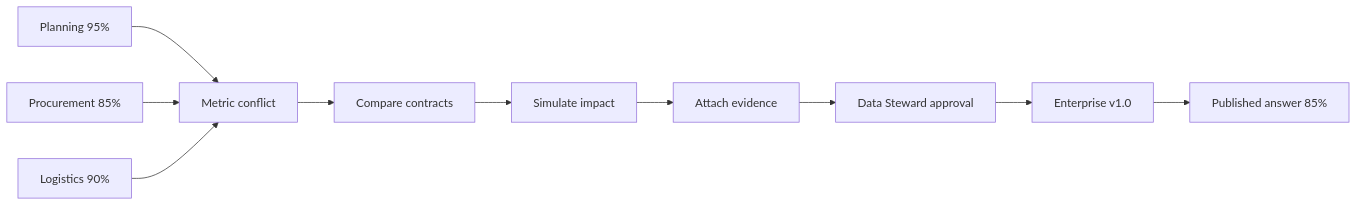
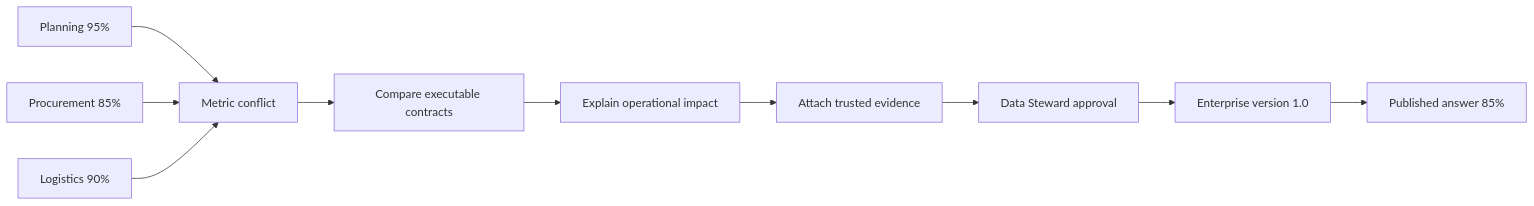
The second of 7 diagrams in docs/ARCHITECTURE.md (pankajadam-tech/chainproof-snowflake), drawn with Mermaid before and after one commit. The commit also changed other lines of this file, not shown here.

Commit message:
fix: add mermaid fencing and   markdown formatting to   ARCHITECTURE.md

````diff
--- a/docs/ARCHITECTURE.md
+++ b/docs/ARCHITECTURE.md
@@ -7,12 +83,12 @@
 ```mermaid
 flowchart LR
 P[Planning 95%] --> C[Metric conflict]
 R[Procurement 85%] --> C
 L[Logistics 90%] --> C
-C --> X[Compare contracts]
-X --> S[Simulate impact]
-S --> E[Attach evidence]
+C --> X[Compare executable contracts]
+X --> I[Explain operational impact]
+I --> E[Attach trusted evidence]
 E --> A[Data Steward approval]
-A --> V[Enterprise v1.0]
+A --> V[Enterprise version 1.0]
 V --> U[Published answer 85%]
 ```
````
